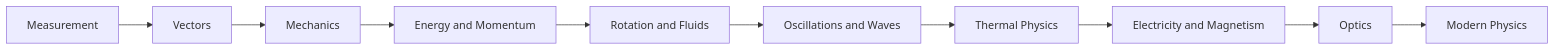
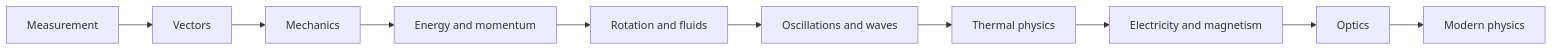
Before and after one commit to justinbrianhwang/SJ-wiki: the diagram in docs/physics/general/intro.md, drawn with Mermaid. The commit also changed other lines of this file and 955 other files, not shown here.

````diff
--- a/docs/physics/general/intro.md
+++ b/docs/physics/general/intro.md
@@ -37,12 +29,12 @@
 ```mermaid
 graph LR
-  A[Measurement] --> B[Vectors]
-  B --> C[Mechanics]
-  C --> D[Energy and Momentum]
-  D --> E[Rotation and Fluids]
-  E --> F[Oscillations and Waves]
-  F --> G[Thermal Physics]
-  G --> H[Electricity and Magnetism]
-  H --> I[Optics]
-  I --> J[Modern Physics]
+  A["Measurement"] --> B["Vectors"]
+  B --> C["Mechanics"]
+  C --> D["Energy and momentum"]
+  D --> E["Rotation and fluids"]
+  E --> F["Oscillations and waves"]
+  F --> G["Thermal physics"]
+  G --> H["Electricity and magnetism"]
+  H --> I["Optics"]
+  I --> J["Modern physics"]
 ```
````
